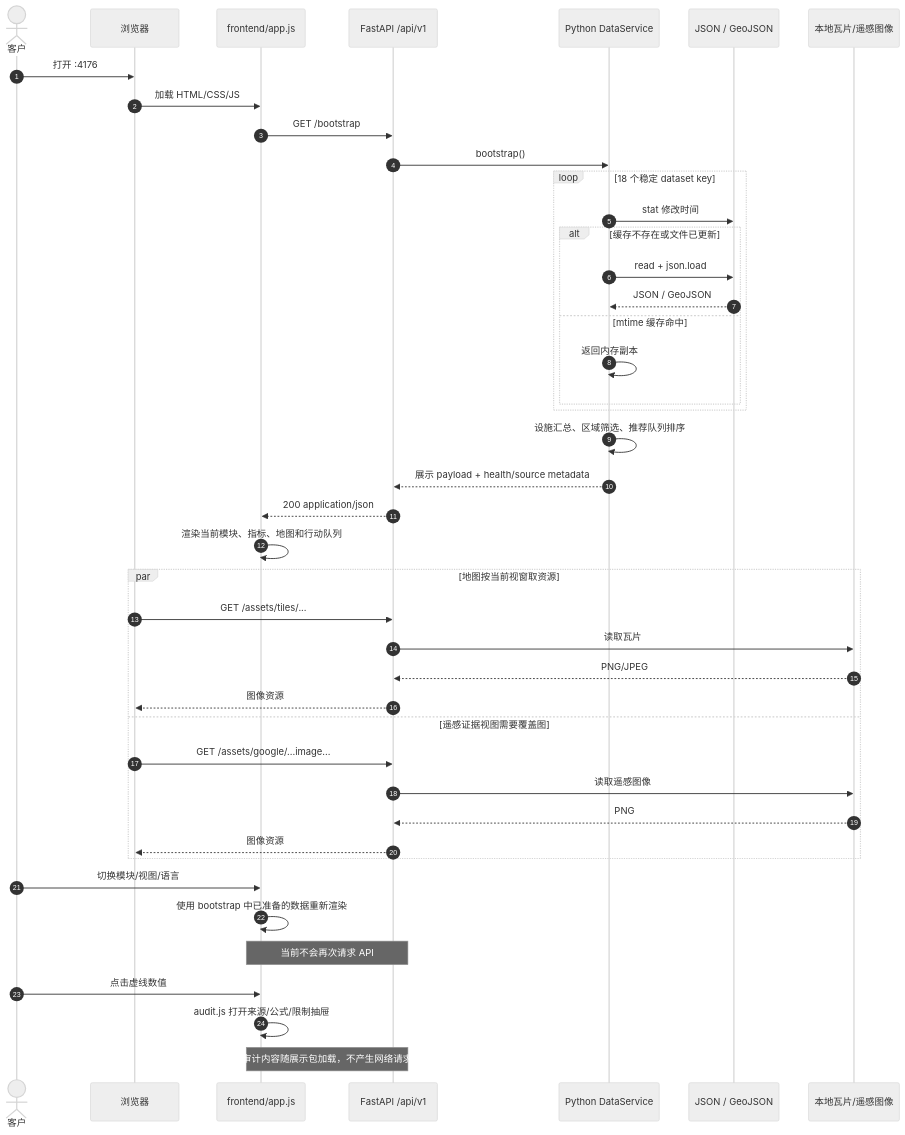
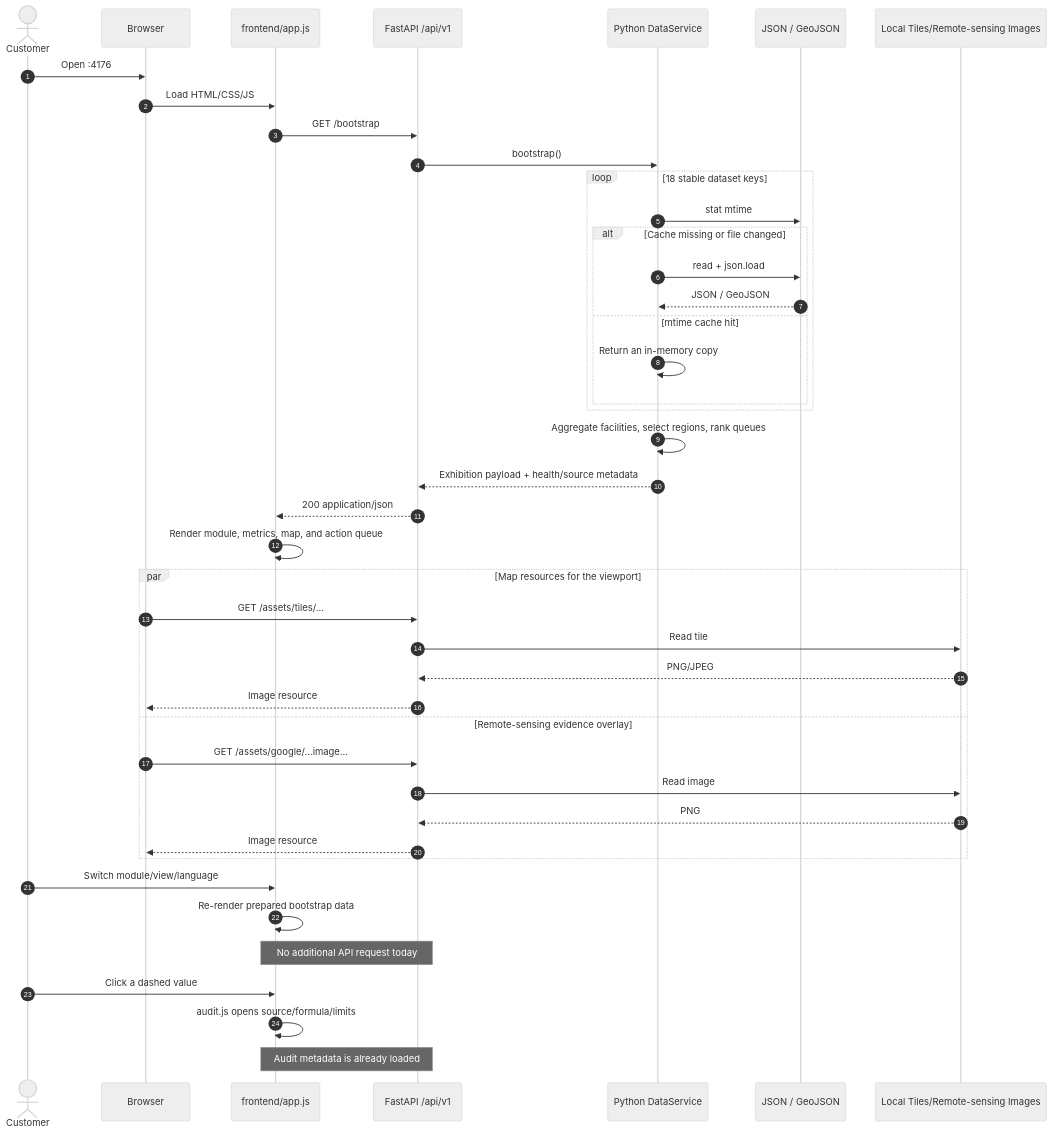
Before and after one commit to TsumiNa/terrai-spatial-intelligence: the second of 3 diagrams in docs/architecture/FRONTEND_BACKEND.md, drawn with Mermaid (neutral theme). The commit also changed other lines of this file and 88 other files, not shown here.

````diff
--- a/docs/architecture/FRONTEND_BACKEND.md
+++ b/docs/architecture/FRONTEND_BACKEND.md
@@ -72,49 +72,49 @@
 ```mermaid
 sequenceDiagram
     autonumber
-    actor Customer as 客户
-    participant Browser as 浏览器
+    actor Customer
+    participant Browser
     participant Frontend as frontend/app.js
     participant API as FastAPI /api/v1
     participant Service as Python DataService
     participant FL as JSON / GeoJSON
-    participant Assets as 本地瓦片/遥感图像
+    participant Assets as Local Tiles/Remote-sensing Images
 
-    Customer->>Browser: 打开 :4176
-    Browser->>Frontend: 加载 HTML/CSS/JS
+    Customer->>Browser: Open :4176
+    Browser->>Frontend: Load HTML/CSS/JS
     Frontend->>API: GET /bootstrap
     API->>Service: bootstrap()
-    loop 18 个稳定 dataset key
-        Service->>FL: stat 修改时间
-        alt 缓存不存在或文件已更新
+    loop 18 stable dataset keys
+        Service->>FL: stat mtime
+        alt Cache missing or file changed
             Service->>FL: read + json.load
             FL-->>Service: JSON / GeoJSON
-        else mtime 缓存命中
-            Service->>Service: 返回内存副本
+        else mtime cache hit
+            Service->>Service: Return an in-memory copy
         end
     end
-    Service->>Service: 设施汇总、区域筛选、推荐队列排序
-    Service-->>API: 展示 payload + health/source metadata
+    Service->>Service: Aggregate facilities, select regions, rank queues
+    Service-->>API: Exhibition payload + health/source metadata
     API-->>Frontend: 200 application/json
-    Frontend->>Frontend: 渲染当前模块、指标、地图和行动队列
+    Frontend->>Frontend: Render module, metrics, map, and action queue
 
-    par 地图按当前视窗取资源
+    par Map resources for the viewport
         Browser->>API: GET /assets/tiles/...
-        API->>Assets: 读取瓦片
+        API->>Assets: Read tile
         Assets-->>API: PNG/JPEG
-        API-->>Browser: 图像资源
-    and 遥感证据视图需要覆盖图
+        API-->>Browser: Image resource
+    and Remote-sensing evidence overlay
         Browser->>API: GET /assets/google/...image...
-        API->>Assets: 读取遥感图像
+        API->>Assets: Read image
         Assets-->>API: PNG
-        API-->>Browser: 图像资源
+        API-->>Browser: Image resource
     end
 
-    Customer->>Frontend: 切换模块/视图/语言
-    Frontend->>Frontend: 使用 bootstrap 中已准备的数据重新渲染
-    Note over Frontend,API: 当前不会再次请求 API
+    Customer->>Frontend: Switch module/view/language
+    Frontend->>Frontend: Re-render prepared bootstrap data
+    Note over Frontend,API: No additional API request today
 
-    Customer->>Frontend: 点击虚线数值
-    Frontend->>Frontend: audit.js 打开来源/公式/限制抽屉
-    Note over Frontend,API: 审计内容随展示包加载，不产生网络请求
+    Customer->>Frontend: Click a dashed value
+    Frontend->>Frontend: audit.js opens source/formula/limits
+    Note over Frontend,API: Audit metadata is already loaded
 ```
````
